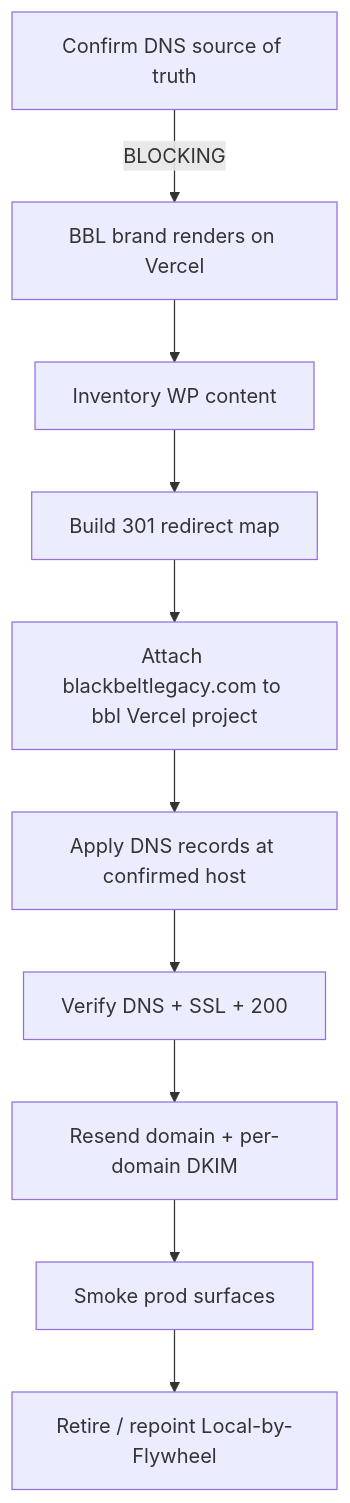
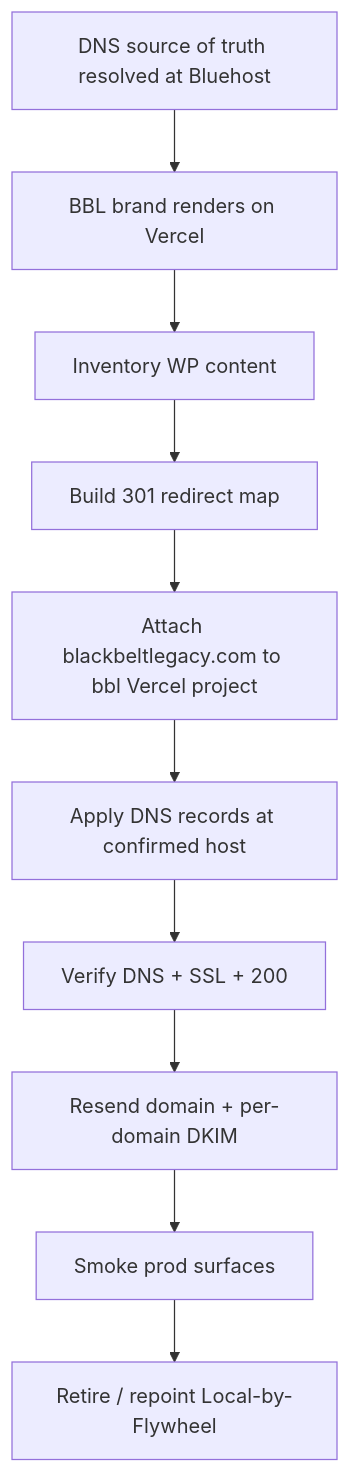
Before and after one commit to Ronin-Dojo-Design/ronin-dojo-baseline: the diagram in docs/runbooks/deploy/bbl-production-runbook.md, drawn with Mermaid. The commit also changed other lines of this file and 19 other files, not shown here.

````diff
--- a/docs/runbooks/deploy/bbl-production-runbook.md
+++ b/docs/runbooks/deploy/bbl-production-runbook.md
@@ -102,12 +107,12 @@
 ```mermaid
 flowchart TD
-    A[Confirm DNS source of truth] -->|BLOCKING| B[BBL brand renders on Vercel]
+    A[DNS source of truth resolved at Bluehost] --> B[BBL brand renders on Vercel]
     B --> C[Inventory WP content]
     C --> D[Build 301 redirect map]
     D --> E[Attach blackbeltlegacy.com to bbl Vercel project]
     E --> F[Apply DNS records at confirmed host]
     F --> G[Verify DNS + SSL + 200]
     G --> H[Resend domain + per-domain DKIM]
     H --> I[Smoke prod surfaces]
     I --> J[Retire / repoint Local-by-Flywheel]
 ```
````
